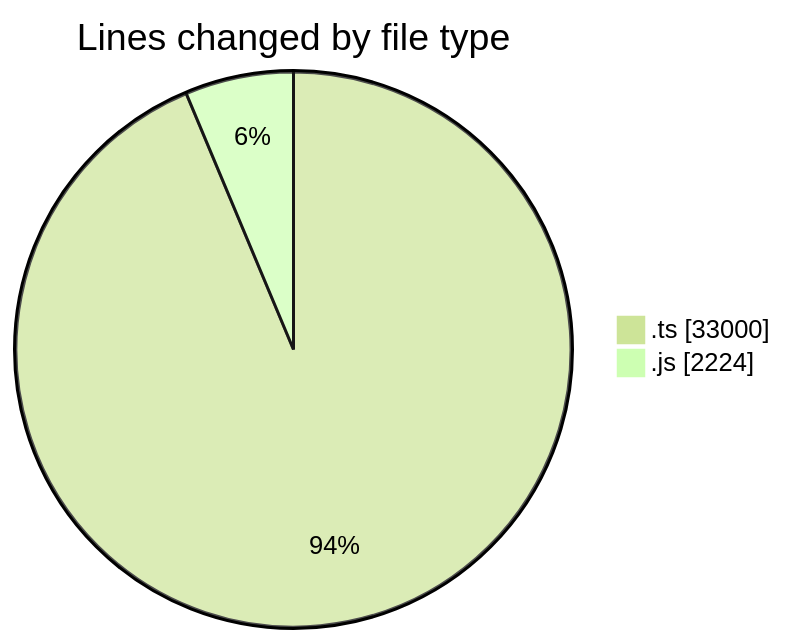
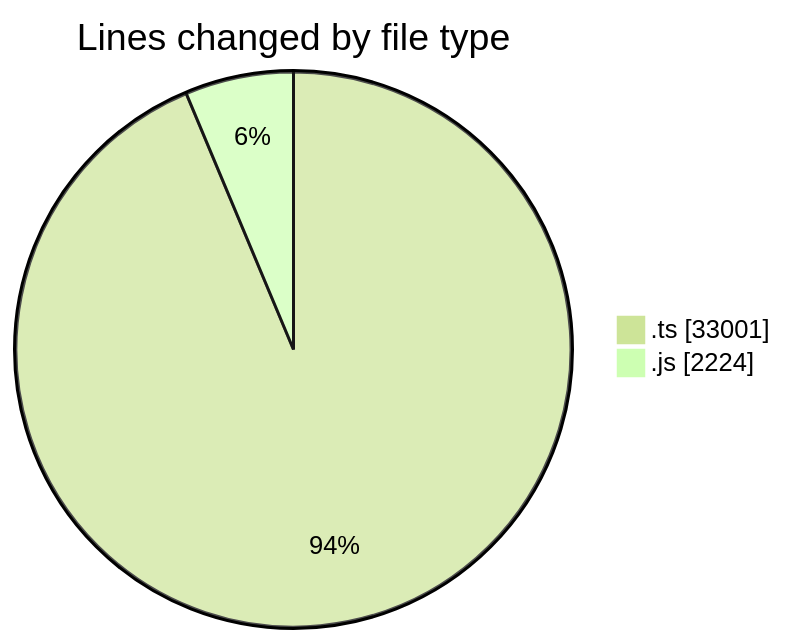
Before and after one commit to momahboobian/code-tracking: the first of 2 diagrams in 2025-06-26/cda/README.md, drawn with Mermaid (forest theme). The commit also changed other lines of this file and 1 other file, not shown here.

````diff
--- a/2025-06-26/cda/README.md
+++ b/2025-06-26/cda/README.md
@@ -35,6 +35,6 @@
 ```mermaid
 pie showData
 title Lines changed by file type
-".ts" : 33000
+".ts" : 33001
 ".js" : 2224
 ```
````
